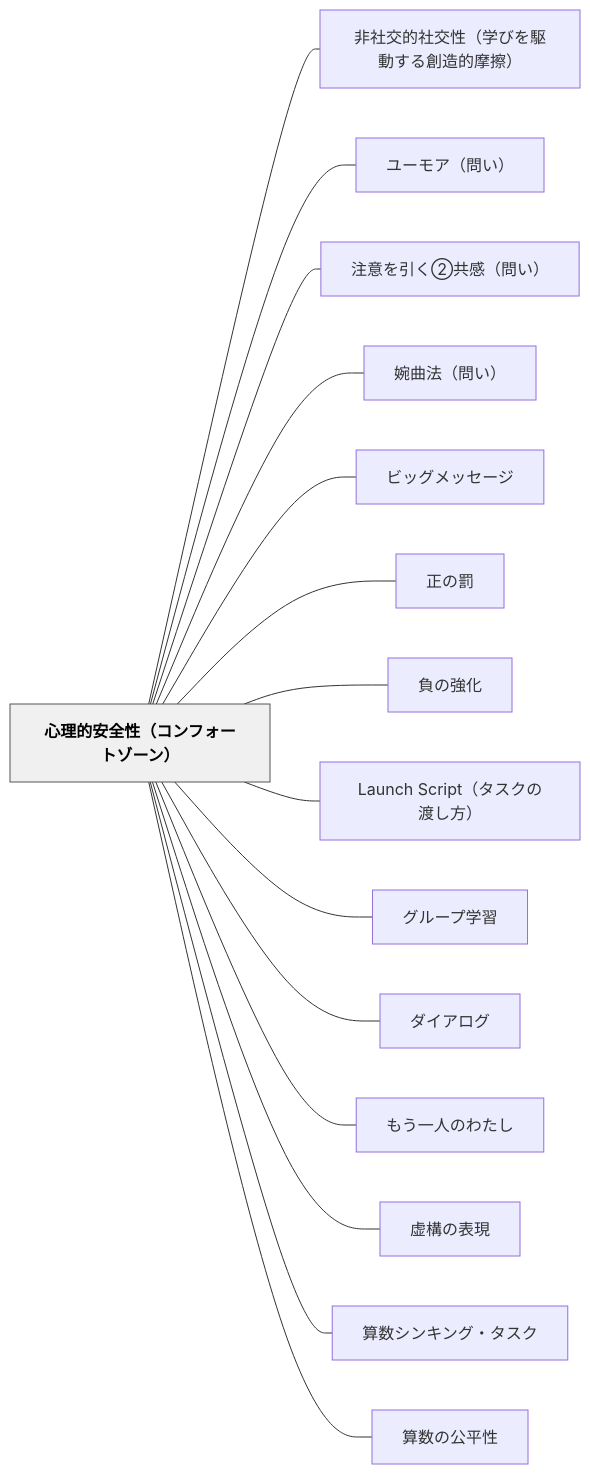
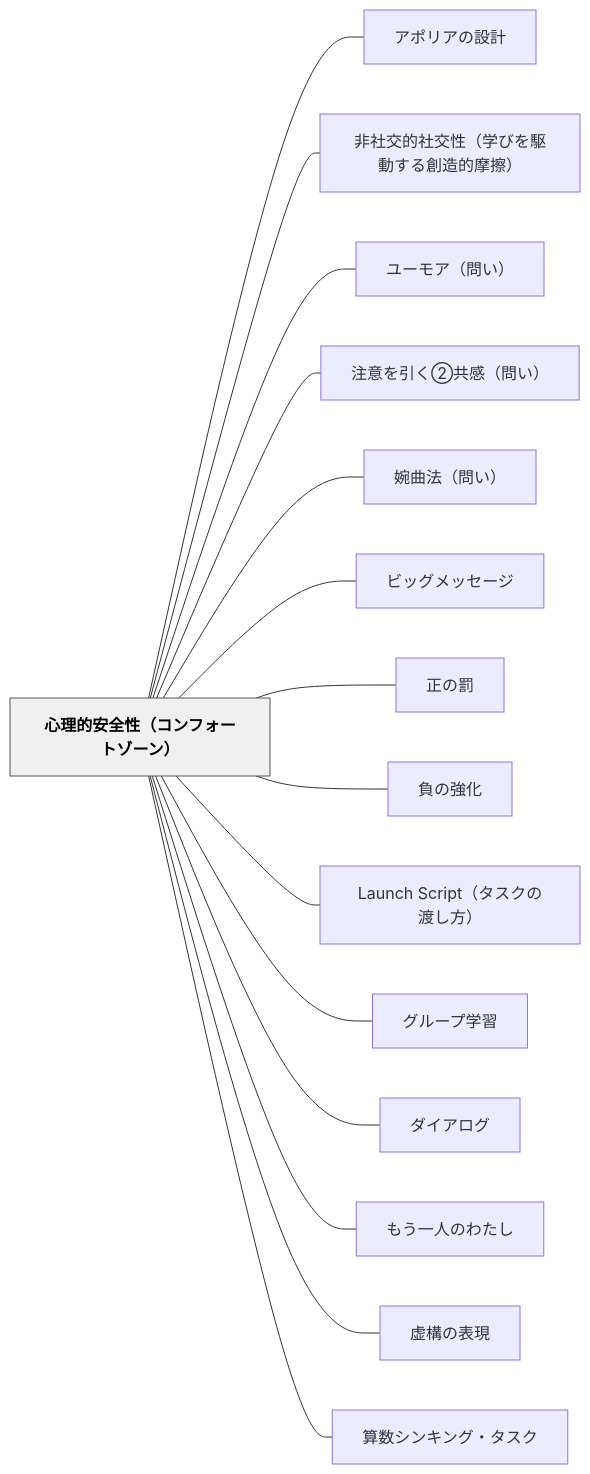
One commit to unknownthings-ed-patterns/unknownthings-ed-patterns changed the diagram in content/パタン/心理的安全性（コンフォートゾーン）.md. Above: the diagram before and after it, drawn with Mermaid. The commit also changed other lines of this file and 17 other files, not shown here.

````diff
--- a/content/パタン/心理的安全性（コンフォートゾーン）.md
+++ b/content/パタン/心理的安全性（コンフォートゾーン）.md
@@ -69,36 +69,36 @@
 ```mermaid
 flowchart LR
     ne5bf83e79086e79a84e5ae89e585a8e680a7efbc88e382b3e383b3e38395e382a9e383bce38388e382bee383bce383b3efbc89["心理的安全性（コンフォートゾーン）"]
+    ne382a2e3839de383aae382a2e381aee8a8ade8a888["アポリアの設計"]
     ne99d9ee7a4bee4baa4e79a84e7a4bee4baa4e680a7efbc88e5ada6e381b3e38292e9a786e58b95e38199e3828be589b5e980a0e79a84e691a9e693a6efbc89["非社交的社交性（学びを駆動する創造的摩擦）"]
     ne383a6e383bce383a2e382a2efbc88e5958fe38184efbc89["ユーモア（問い）"]
     ne6b3a8e6848fe38292e5bc95e3818fe291a1e585b1e6849fefbc88e5958fe38184efbc89["注意を引く②共感（問い）"]
     ne5a989e69bb2e6b395efbc88e5958fe38184efbc89["婉曲法（問い）"]
     ne38393e38383e382b0e383a1e38383e382bbe383bce382b8["ビッグメッセージ"]
     ne6ada3e381aee7bdb0["正の罰"]
     ne8b2a0e381aee5bcb7e58c96["負の強化"]
     n4c61756e636820536372697074efbc88e382bfe382b9e382afe381aee6b8a1e38197e696b9efbc89["Launch Script（タスクの渡し方）"]
     ne382b0e383abe383bce38397e5ada6e7bf92["グループ学習"]
     ne38380e382a4e382a2e383ade382b0["ダイアログ"]
     ne38282e38186e4b880e4babae381aee3828fe3819fe38197["もう一人のわたし"]
     ne8999ae6a78be381aee8a1a8e78fbe["虚構の表現"]
     ne7ae97e695b0e382b7e383b3e382ade383b3e382b0e383bbe382bfe382b9e382af["算数シンキング・タスク"]
-    ne7ae97e695b0e381aee585ace5b9b3e680a7["算数の公平性"]
 
+    ne5bf83e79086e79a84e5ae89e585a8e680a7efbc88e382b3e383b3e38395e382a9e383bce38388e382bee383bce383b3efbc89 --- ne382a2e3839de383aae382a2e381aee8a8ade8a888
     ne5bf83e79086e79a84e5ae89e585a8e680a7efbc88e382b3e383b3e38395e382a9e383bce38388e382bee383bce383b3efbc89 --- ne99d9ee7a4bee4baa4e79a84e7a4bee4baa4e680a7efbc88e5ada6e381b3e38292e9a786e58b95e38199e3828be589b5e980a0e79a84e691a9e693a6efbc89
     ne5bf83e79086e79a84e5ae89e585a8e680a7efbc88e382b3e383b3e38395e382a9e383bce38388e382bee383bce383b3efbc89 --- ne383a6e383bce383a2e382a2efbc88e5958fe38184efbc89
     ne5bf83e79086e79a84e5ae89e585a8e680a7efbc88e382b3e383b3e38395e382a9e383bce38388e382bee383bce383b3efbc89 --- ne6b3a8e6848fe38292e5bc95e3818fe291a1e585b1e6849fefbc88e5958fe38184efbc89
     ne5bf83e79086e79a84e5ae89e585a8e680a7efbc88e382b3e383b3e38395e382a9e383bce38388e382bee383bce383b3efbc89 --- ne5a989e69bb2e6b395efbc88e5958fe38184efbc89
     ne5bf83e79086e79a84e5ae89e585a8e680a7efbc88e382b3e383b3e38395e382a9e383bce38388e382bee383bce383b3efbc89 --- ne38393e38383e382b0e383a1e38383e382bbe383bce382b8
     ne5bf83e79086e79a84e5ae89e585a8e680a7efbc88e382b3e383b3e38395e382a9e383bce38388e382bee383bce383b3efbc89 --- ne6ada3e381aee7bdb0
     ne5bf83e79086e79a84e5ae89e585a8e680a7efbc88e382b3e383b3e38395e382a9e383bce38388e382bee383bce383b3efbc89 --- ne8b2a0e381aee5bcb7e58c96
     ne5bf83e79086e79a84e5ae89e585a8e680a7efbc88e382b3e383b3e38395e382a9e383bce38388e382bee383bce383b3efbc89 --- n4c61756e636820536372697074efbc88e382bfe382b9e382afe381aee6b8a1e38197e696b9efbc89
     ne5bf83e79086e79a84e5ae89e585a8e680a7efbc88e382b3e383b3e38395e382a9e383bce38388e382bee383bce383b3efbc89 --- ne382b0e383abe383bce38397e5ada6e7bf92
     ne5bf83e79086e79a84e5ae89e585a8e680a7efbc88e382b3e383b3e38395e382a9e383bce38388e382bee383bce383b3efbc89 --- ne38380e382a4e382a2e383ade382b0
     ne5bf83e79086e79a84e5ae89e585a8e680a7efbc88e382b3e383b3e38395e382a9e383bce38388e382bee383bce383b3efbc89 --- ne38282e38186e4b880e4babae381aee3828fe3819fe38197
     ne5bf83e79086e79a84e5ae89e585a8e680a7efbc88e382b3e383b3e38395e382a9e383bce38388e382bee383bce383b3efbc89 --- ne8999ae6a78be381aee8a1a8e78fbe
     ne5bf83e79086e79a84e5ae89e585a8e680a7efbc88e382b3e383b3e38395e382a9e383bce38388e382bee383bce383b3efbc89 --- ne7ae97e695b0e382b7e383b3e382ade383b3e382b0e383bbe382bfe382b9e382af
-    ne5bf83e79086e79a84e5ae89e585a8e680a7efbc88e382b3e383b3e38395e382a9e383bce38388e382bee383bce383b3efbc89 --- ne7ae97e695b0e381aee585ace5b9b3e680a7
 
     classDef hub fill:#f0f0f0,stroke:#555,color:#000,font-weight:bold
     class ne5bf83e79086e79a84e5ae89e585a8e680a7efbc88e382b3e383b3e38395e382a9e383bce38388e382bee383bce383b3efbc89 hub
 ```
````
